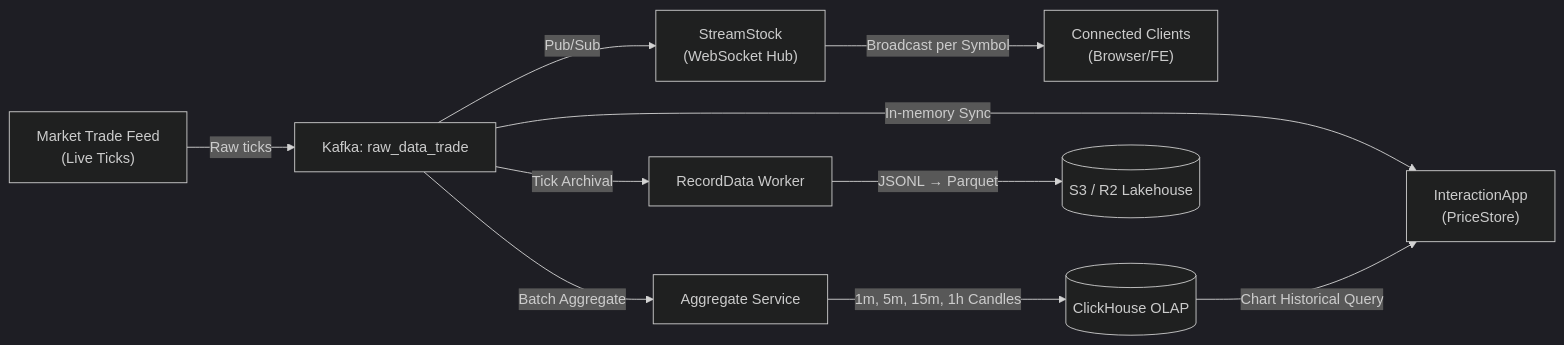
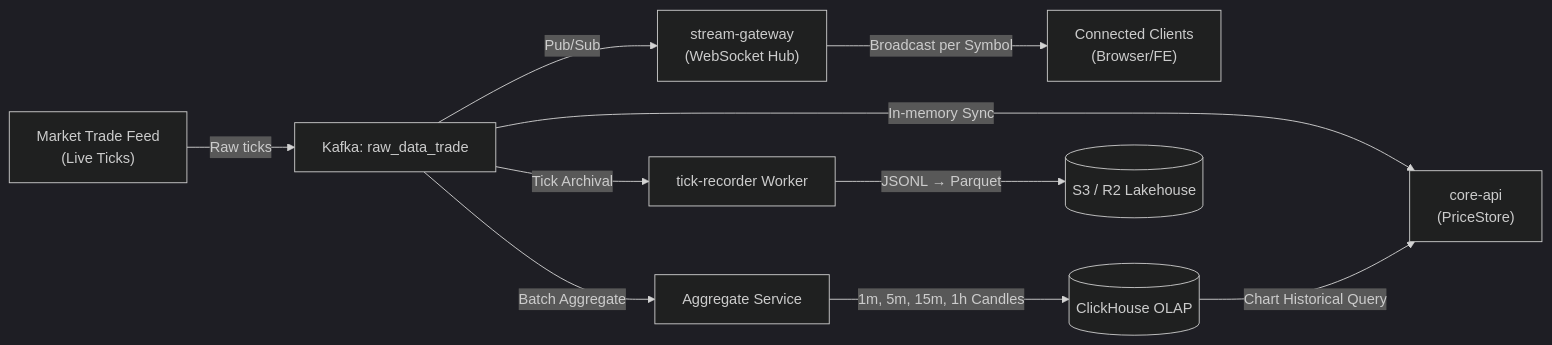
One commit to kasync-lang/Kstock changed the third of 5 diagrams in README.md. Above: the diagram before and after it, drawn with Mermaid (dark theme). The commit also changed other lines of this file and 429 other files, not shown here.

````diff
--- a/README.md
+++ b/README.md
@@ -151,15 +218,15 @@
 ```mermaid
 flowchart LR
     Feed["Market Trade Feed\n(Live Ticks)"] -->|Raw ticks| Kafka["Kafka: raw_data_trade"]
     
-    Kafka -->|Pub/Sub| WS["StreamStock\n(WebSocket Hub)"]
-    Kafka -->|In-memory Sync| API["InteractionApp\n(PriceStore)"]
+    Kafka -->|Pub/Sub| WS["stream-gateway\n(WebSocket Hub)"]
+    Kafka -->|In-memory Sync| API["core-api\n(PriceStore)"]
     Kafka -->|Batch Aggregate| Agg["Aggregate Service"]
-    Kafka -->|Tick Archival| Rec["RecordData Worker"]
+    Kafka -->|Tick Archival| Rec["tick-recorder Worker"]
 
     WS -->|Broadcast per Symbol| Clients["Connected Clients\n(Browser/FE)"]
     Agg -->|1m, 5m, 15m, 1h Candles| CH[("ClickHouse OLAP")]
     Rec -->|JSONL → Parquet| S3[("S3 / R2 Lakehouse")]
     
     CH -->|Chart Historical Query| API
 ```
````
